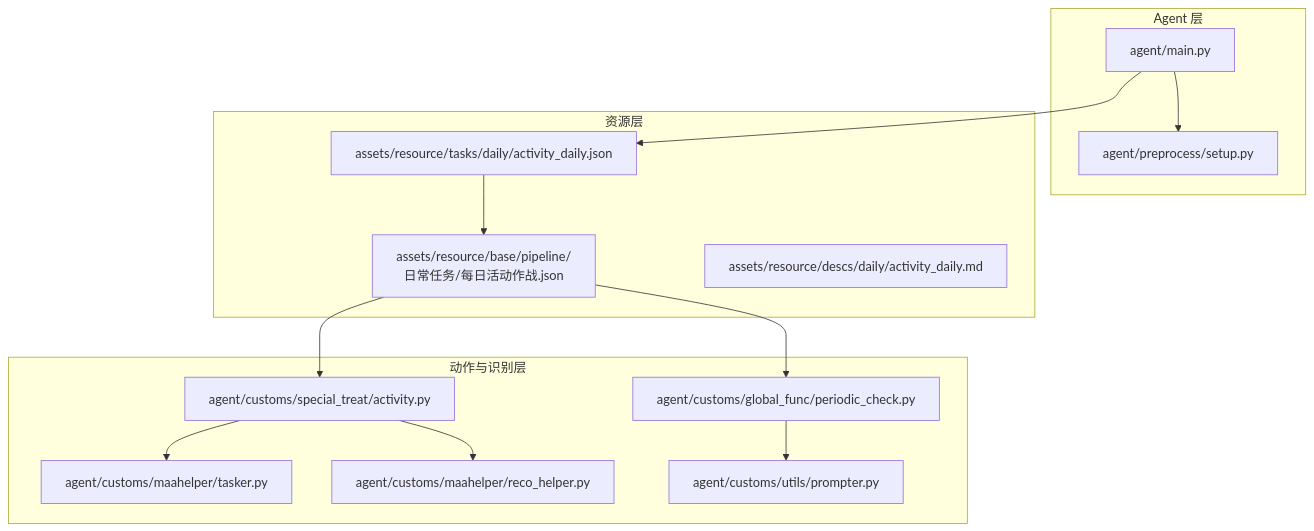
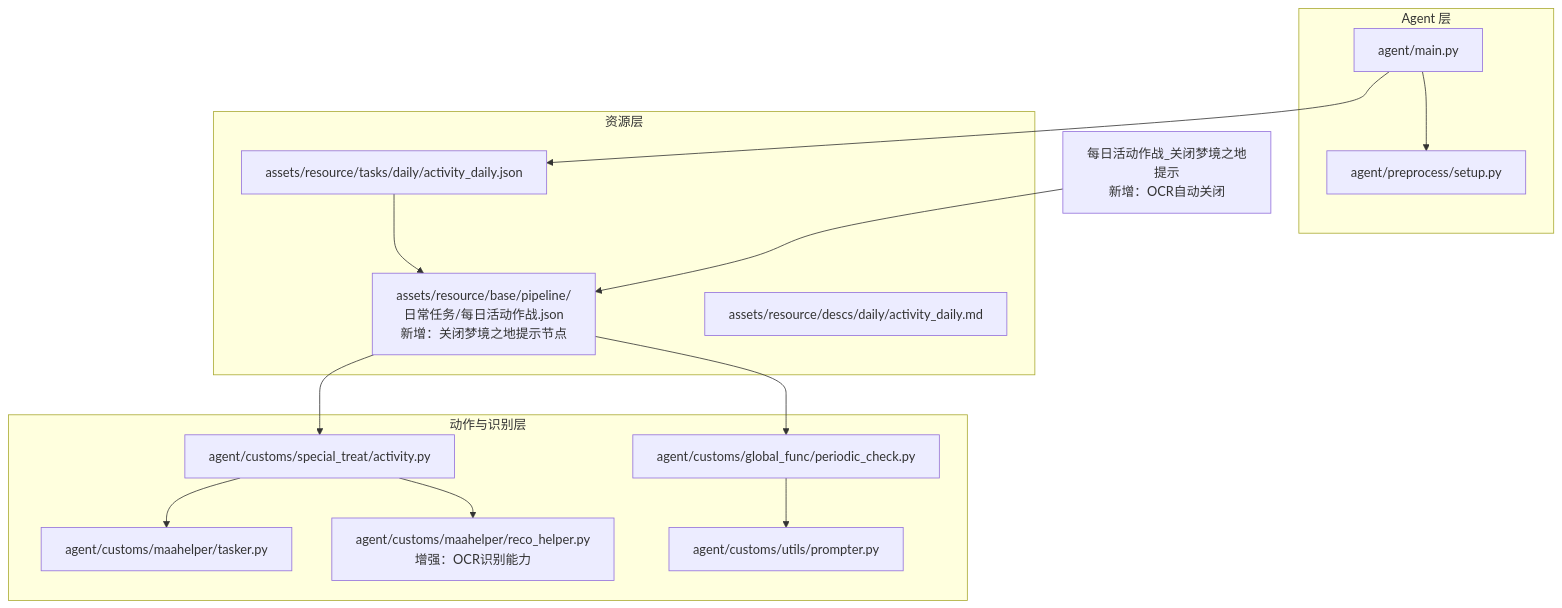
The second of 10 diagrams in .qoder/repowiki/zh/content/每日活动作战.md (kqcoxn/MaaDuDuL), drawn with Mermaid before and after one commit. The commit also changed other lines of this file and 4 other files, not shown here.

````diff
--- a/.qoder/repowiki/zh/content/每日活动作战.md
+++ b/.qoder/repowiki/zh/content/每日活动作战.md
@@ -85,27 +96,28 @@
 ```mermaid
 graph TB
 subgraph "Agent 层"
 M["agent/main.py"]
 N["agent/preprocess/setup.py"]
 end
 subgraph "资源层"
 O["assets/resource/tasks/daily/activity_daily.json"]
-P["assets/resource/base/pipeline/日常任务/每日活动作战.json"]
+P["assets/resource/base/pipeline/日常任务/每日活动作战.json<br/>新增：关闭梦境之地提示节点"]
 Q["assets/resource/descs/daily/activity_daily.md"]
 end
 subgraph "动作与识别层"
 R["agent/customs/special_treat/activity.py"]
 S["agent/customs/maahelper/tasker.py"]
-T["agent/customs/maahelper/reco_helper.py"]
+T["agent/customs/maahelper/reco_helper.py<br/>增强：OCR识别能力"]
 U["agent/customs/global_func/periodic_check.py"]
 V["agent/customs/utils/prompter.py"]
 end
 M --> N
 M --> O
 O --> P
 R --> S
 R --> T
 U --> V
 P --> R
 P --> U
+W["每日活动作战_关闭梦境之地提示<br/>新增：OCR自动关闭"] --> P
 ```
````
